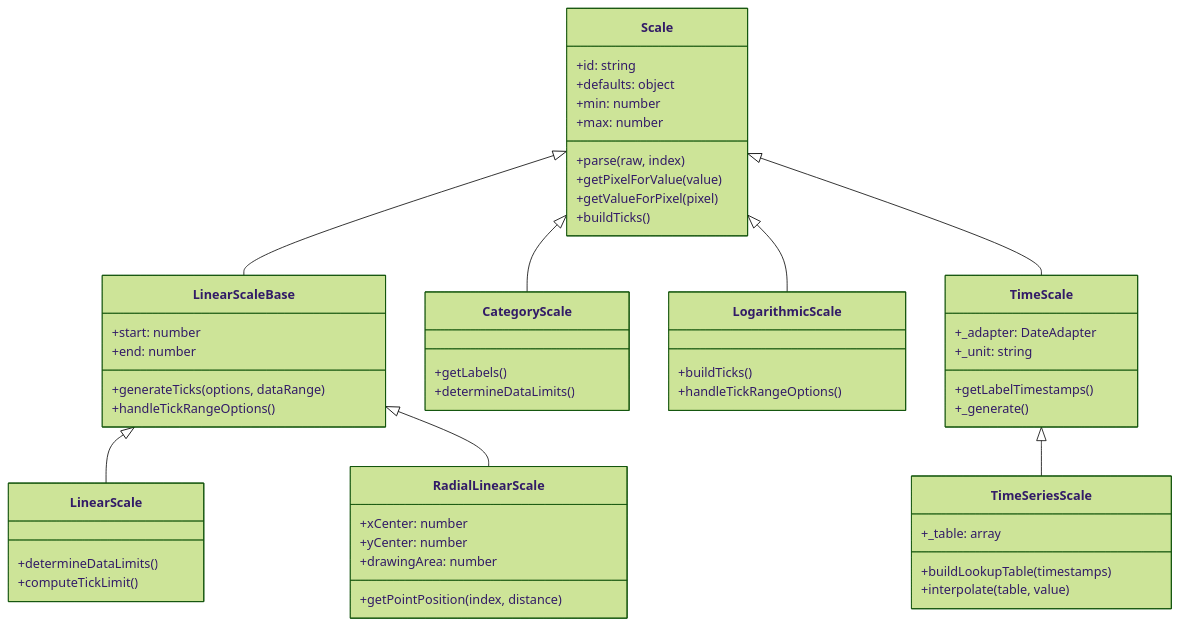
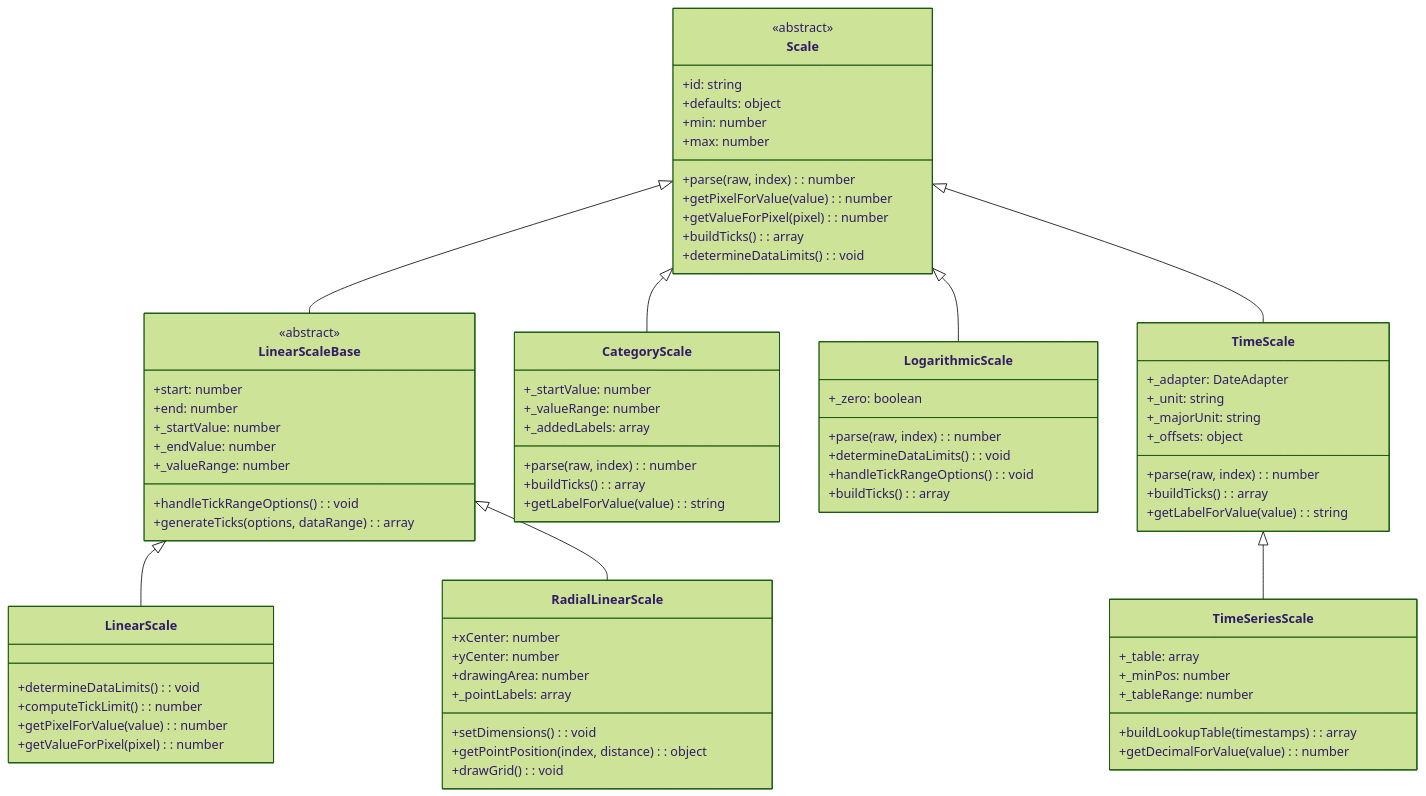
Before and after one commit to FSoft-AI4Code/codewiki-demo: the first of 3 diagrams in docs/chartjs--Chart.js-docs/scales.md, drawn with Mermaid (forest theme). The commit also changed other lines of this file and 1103 other files, not shown here.

````diff
--- a/docs/chartjs--Chart.js-docs/scales.md
+++ b/docs/chartjs--Chart.js-docs/scales.md
@@ -21,63 +13,86 @@
 ```mermaid
 classDiagram
-    Scale <|-- LinearScaleBase
-    Scale <|-- CategoryScale
-    Scale <|-- LogarithmicScale
-    Scale <|-- TimeScale
-    LinearScaleBase <|-- LinearScale
-    LinearScaleBase <|-- RadialLinearScale
-    TimeScale <|-- TimeSeriesScale
-    
     class Scale {
+        <<abstract>>
         +id: string
         +defaults: object
         +min: number
         +max: number
-        +parse(raw, index)
-        +getPixelForValue(value)
-        +getValueForPixel(pixel)
-        +buildTicks()
+        +parse(raw, index): number
+        +getPixelForValue(value): number
+        +getValueForPixel(pixel): number
+        +buildTicks(): array
+        +determineDataLimits(): void
     }
     
     class LinearScaleBase {
+        <<abstract>>
         +start: number
         +end: number
-        +generateTicks(options, dataRange)
-        +handleTickRangeOptions()
+        +_startValue: number
+        +_endValue: number
+        +_valueRange: number
+        +handleTickRangeOptions(): void
+        +generateTicks(options, dataRange): array
     }
     
     class CategoryScale {
-        +getLabels()
-        +determineDataLimits()
+        +_startValue: number
+        +_valueRange: number
+        +_addedLabels: array
+        +parse(raw, index): number
+        +buildTicks(): array
+        +getLabelForValue(value): string
     }
     
     class LinearScale {
-        +determineDataLimits()
-        +computeTickLimit()
+        +determineDataLimits(): void
+        +computeTickLimit(): number
+        +getPixelForValue(value): number
+        +getValueForPixel(pixel): number
     }
     
     class LogarithmicScale {
-        +buildTicks()
-        +handleTickRangeOptions()
+        +_zero: boolean
+        +parse(raw, index): number
+        +determineDataLimits(): void
+        +handleTickRangeOptions(): void
+        +buildTicks(): array
     }
     
     class RadialLinearScale {
         +xCenter: number
         +yCenter: number
         +drawingArea: number
-        +getPointPosition(index, distance)
+        +_pointLabels: array
+        +setDimensions(): void
+        +getPointPosition(index, distance): object
+        +drawGrid(): void
     }
     
     class TimeScale {
         +_adapter: DateAdapter
         +_unit: string
-        +getLabelTimestamps()
-        +_generate()
+        +_majorUnit: string
+        +_offsets: object
+        +parse(raw, index): number
+        +buildTicks(): array
+        +getLabelForValue(value): string
     }
     
     class TimeSeriesScale {
         +_table: array
-        +buildLookupTable(timestamps)
-        +interpolate(table, value)
+        +_minPos: number
+        +_tableRange: number
+        +buildLookupTable(timestamps): array
+        +getDecimalForValue(value): number
     }
+    
+    Scale <|-- LinearScaleBase
+    Scale <|-- CategoryScale
+    LinearScaleBase <|-- LinearScale
+    Scale <|-- LogarithmicScale
+    LinearScaleBase <|-- RadialLinearScale
+    Scale <|-- TimeScale
+    TimeScale <|-- TimeSeriesScale
 ```
````
